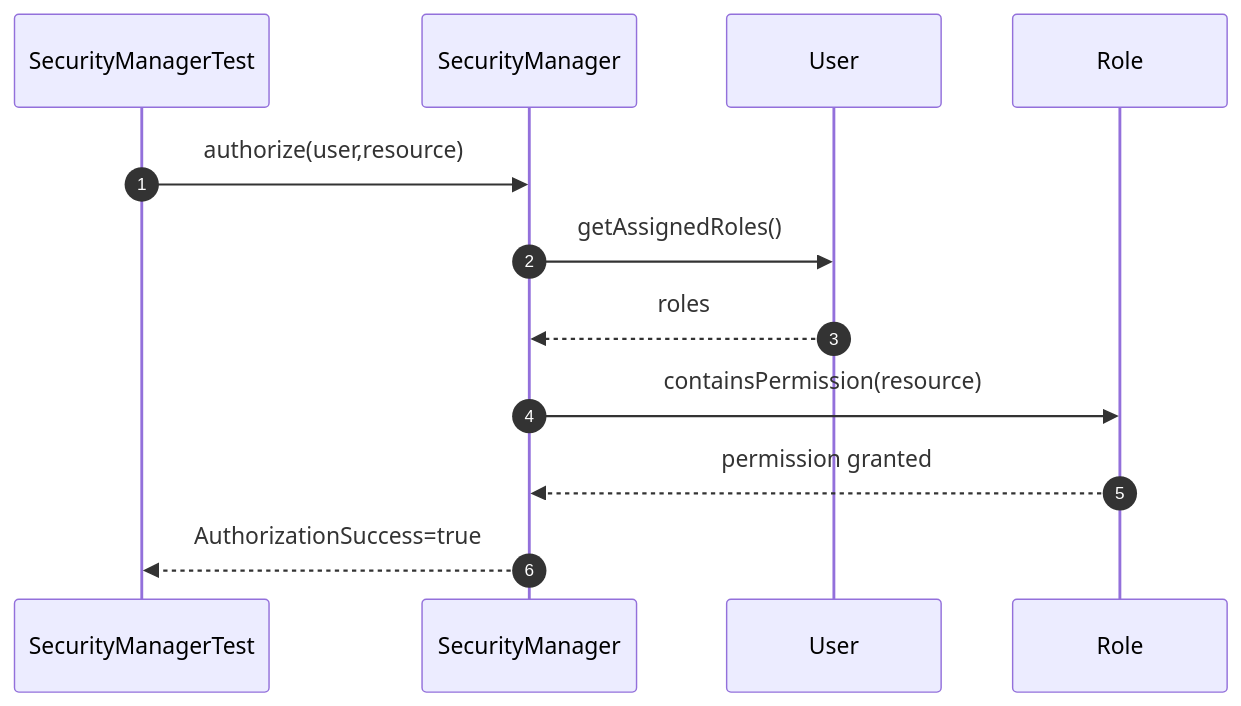
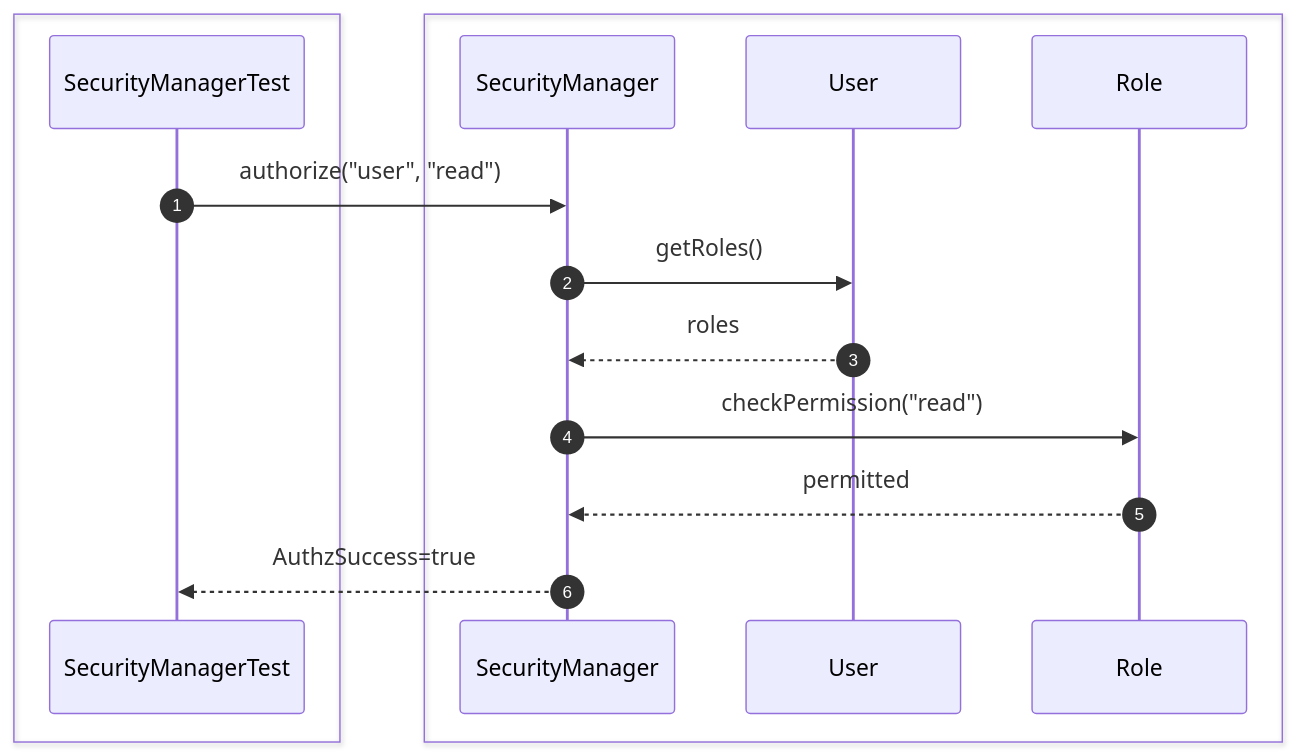
One commit to Huy1801214/dbms-architecture changed the second of 35 diagrams in src/sequence/security.md. Above: the diagram before and after it, drawn with Mermaid. The commit also changed other lines of this file and 10 other files, not shown here.

Commit message:
add comprehensive sequence diagrams and documentation for system architecture and unit testing specifications

````diff
--- a/src/sequence/security.md
+++ b/src/sequence/security.md
@@ -27,20 +25,20 @@
 ```mermaid
 sequenceDiagram
     autonumber
+
+    box #e1f5fe Test Suite
     participant Test as SecurityManagerTest
+    end
+    box #e3f2fd Security Components
     participant Security as SecurityManager
     participant User as User
     participant Role as Role
+    end
 
-    Test->>Security: authorize(user,resource)
-
-    Security->>User: getAssignedRoles()
-
+    Test->>Security: authorize("user", "read")
+    Security->>User: getRoles()
     User-->>Security: roles
-
-    Security->>Role: containsPermission(resource)
-
-    Role-->>Security: permission granted
-
-    Security-->>Test: AuthorizationSuccess=true
+    Security->>Role: checkPermission("read")
+    Role-->>Security: permitted
+    Security-->>Test: AuthzSuccess=true
 ```
````
